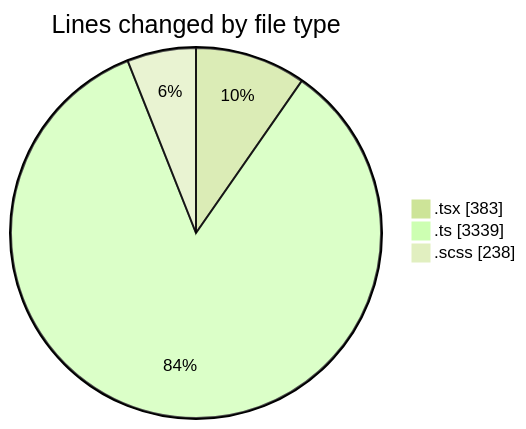
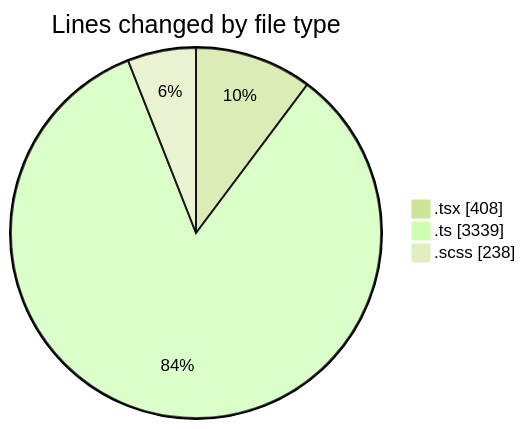
The first of 2 diagrams in 2025-09-17/cda/README.md (momahboobian/code-tracking), drawn with Mermaid (forest theme) before and after one commit. The commit also changed other lines of this file and 1 other file, not shown here.

````diff
--- a/2025-09-17/cda/README.md
+++ b/2025-09-17/cda/README.md
@@ -24,7 +24,7 @@
 ```mermaid
 pie showData
 title Lines changed by file type
-".tsx" : 383
+".tsx" : 408
 ".ts" : 3339
 ".scss" : 238
 ```
````
